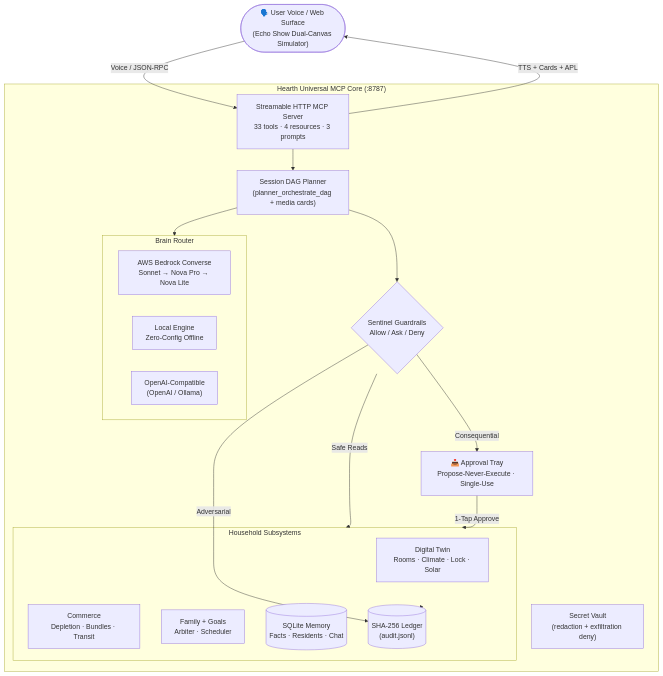
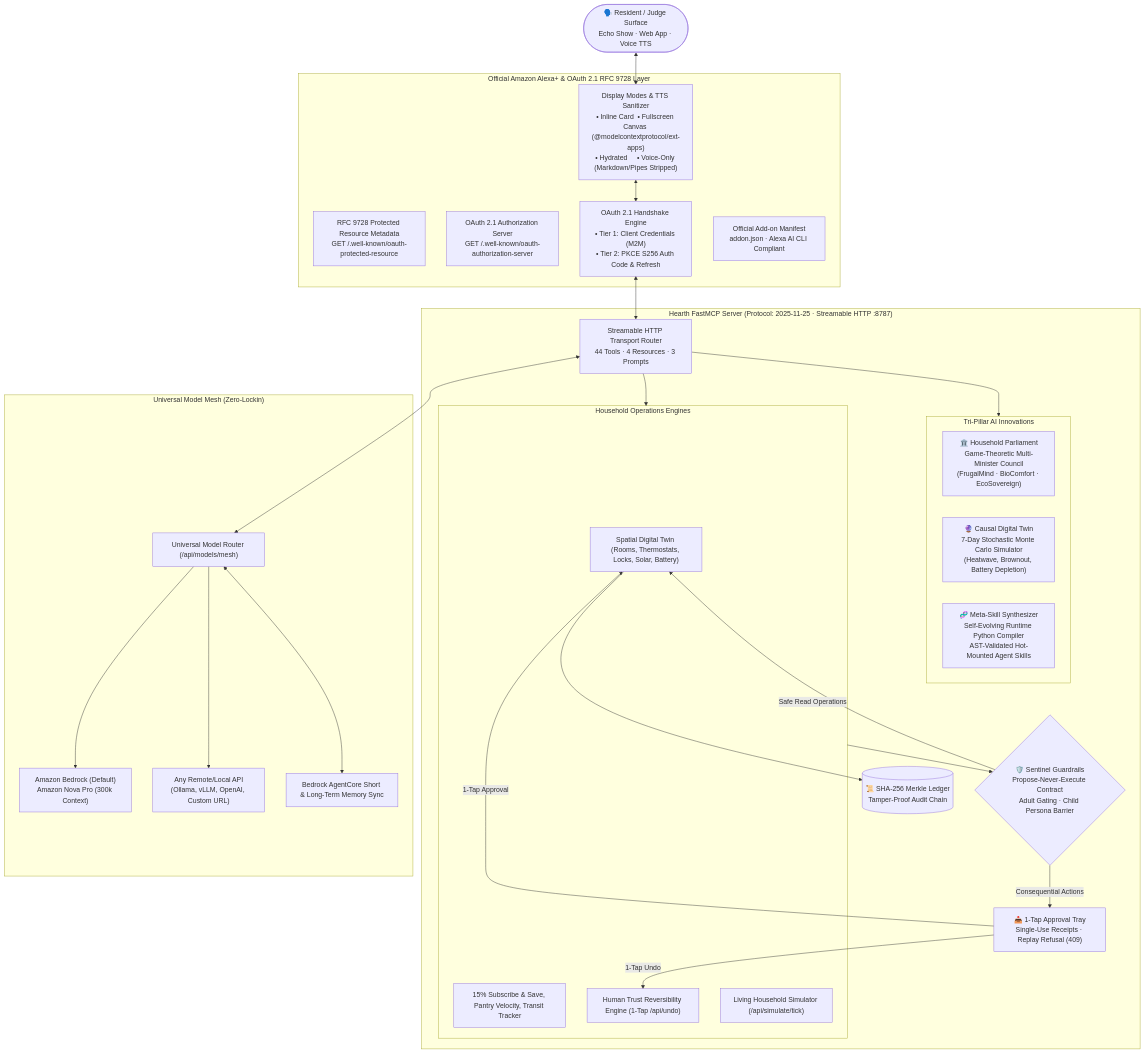
Before and after one commit to krishivjoshi219-collab/Hearth-Universal: the diagram in README.md, drawn with Mermaid. The commit also changed other lines of this file and 2 other files, not shown here.

Commit message:
fix(ci): convert alexaplus compliance tests to TestClient fixture, restore quickChips in web2, and overhaul README to absolute reference

````diff
--- a/README.md
+++ b/README.md
@@ -141,38 +62,56 @@
 ```mermaid
 flowchart TD
-    User(["🗣️ User Voice / Web Surface\n(Echo Show Dual-Canvas Simulator)"])
+    User(["🗣️ Resident / Judge Surface\nEcho Show · Web App · Voice TTS"])
 
-    subgraph Hearth_Core ["Hearth Universal MCP Core (:8787)"]
-        Server["Streamable HTTP MCP Server\n33 tools · 4 resources · 3 prompts"]
-        Planner["Session DAG Planner\n(planner_orchestrate_dag + media cards)"]
-        Sentinel{"Sentinel Guardrails\nAllow / Ask / Deny"}
-        Vault["Secret Vault\n(redaction + exfiltration deny)"]
+    subgraph AlexaPlus_Layer ["Official Amazon Alexa+ & OAuth 2.1 RFC 9728 Layer"]
+        PRM["RFC 9728 Protected Resource Metadata\nGET /.well-known/oauth-protected-resource"]
+        OAuthAS["OAuth 2.1 Authorization Server\nGET /.well-known/oauth-authorization-server"]
+        AuthHandler["OAuth 2.1 Handshake Engine\n• Tier 1: Client Credentials (M2M)\n• Tier 2: PKCE S256 Auth Code & Refresh"]
+        Manifest["Official Add-on Manifest\naddon.json · Alexa AI CLI Compliant"]
+        DisplayEng["Display Modes & TTS Sanitizer\n• Inline Card  • Fullscreen Canvas (@modelcontextprotocol/ext-apps)\n• Hydrated     • Voice-Only (Markdown/Pipes Stripped)"]
+    end
 
-        subgraph Brains ["Brain Router"]
-            Bedrock["AWS Bedrock Converse\nSonnet → Nova Pro → Nova Lite"]
-            LocalAgent["Local Engine\nZero-Config Offline"]
-            OpenAI["OpenAI-Compatible\n(OpenAI / Ollama)"]
+    subgraph FastMCP_Core ["Hearth FastMCP Server (Protocol: 2025-11-25 · Streamable HTTP :8787)"]
+        StreamRouter["Streamable HTTP Transport Router\n44 Tools · 4 Resources · 3 Prompts"]
+        
+        subgraph Tri_Pillar ["Tri-Pillar AI Innovations"]
+            Parliament["🏛️ Household Parliament\nGame-Theoretic Multi-Minister Council\n(FrugalMind · BioComfort · EcoSovereign)"]
+            CausalTwin["🔮 Causal Digital Twin\n7-Day Stochastic Monte Carlo Simulator\n(Heatwave, Brownout, Battery Depletion)"]
+            MetaSkill["🧬 Meta-Skill Synthesizer\nSelf-Evolving Runtime Python Compiler\nAST-Validated Hot-Mounted Agent Skills"]
         end
 
-        subgraph Subsystems ["Household Subsystems"]
-            Twin["Digital Twin\nRooms · Climate · Lock · Solar"]
-            Commerce["Commerce\nDepletion · Bundles · Transit"]
-            Family["Family + Goals\nArbiter · Scheduler"]
-            Memory[("SQLite Memory\nFacts · Residents · Chat")]
-            Ledger[("SHA-256 Ledger\n(audit.jsonl)")]
+        subgraph Core_Subsystems ["Household Operations Engines"]
+            DigitalTwin["Spatial Digital Twin (Rooms, Thermostats, Locks, Solar, Battery)"]
+            CommerceEngine["15% Subscribe & Save, Pantry Velocity, Transit Tracker"]
+            UndoEngine["Human Trust Reversibility Engine (1-Tap /api/undo)"]
+            LivingSim["Living Household Simulator (/api/simulate/tick)"]
         end
 
-        Tray["📥 Approval Tray\nPropose-Never-Execute · Single-Use"]
+        Sentinel{"🛡️ Sentinel Guardrails\nPropose-Never-Execute Contract\nAdult Gating · Child Persona Barrier"}
+        ApprovalTray["📥 1-Tap Approval Tray\nSingle-Use Receipts · Replay Refusal (409)"]
+        MerkleLedger[("📜 SHA-256 Merkle Ledger\nTamper-Proof Audit Chain")]
     end
 
-    User -->|Voice / JSON-RPC| Server
-    Server --> Planner
-    Planner --> Brains
-    Planner --> Sentinel
-    Sentinel -->|Safe Reads| Subsystems
-    Sentinel -->|Consequential| Tray
-    Sentinel -->|Adversarial| Ledger
-    Tray -->|1-Tap Approve| Subsystems
-    Subsystems --> Ledger
-    Server -->|TTS + Cards + APL| User
+    subgraph Model_Mesh ["Universal Model Mesh (Zero-Lockin)"]
+        MeshRouter["Universal Model Router (/api/models/mesh)"]
+        Bedrock["Amazon Bedrock (Default)\nAmazon Nova Pro (300k Context)"]
+        CustomAPIs["Any Remote/Local API\n(Ollama, vLLM, OpenAI, Custom URL)"]
+        AgentCore["Bedrock AgentCore Short & Long-Term Memory Sync"]
+    end
+
+    User <--> DisplayEng
+    DisplayEng <--> AuthHandler
+    AuthHandler <--> StreamRouter
+    StreamRouter --> Tri_Pillar
+    StreamRouter --> Core_Subsystems
+    Core_Subsystems --> Sentinel
+    Sentinel -->|Safe Read Operations| DigitalTwin
+    Sentinel -->|Consequential Actions| ApprovalTray
+    ApprovalTray -->|1-Tap Approval| DigitalTwin
+    ApprovalTray -->|1-Tap Undo| UndoEngine
+    DigitalTwin --> MerkleLedger
+    StreamRouter <--> MeshRouter
+    MeshRouter --> Bedrock
+    MeshRouter --> CustomAPIs
+    MeshRouter <--> AgentCore
 ```
````
